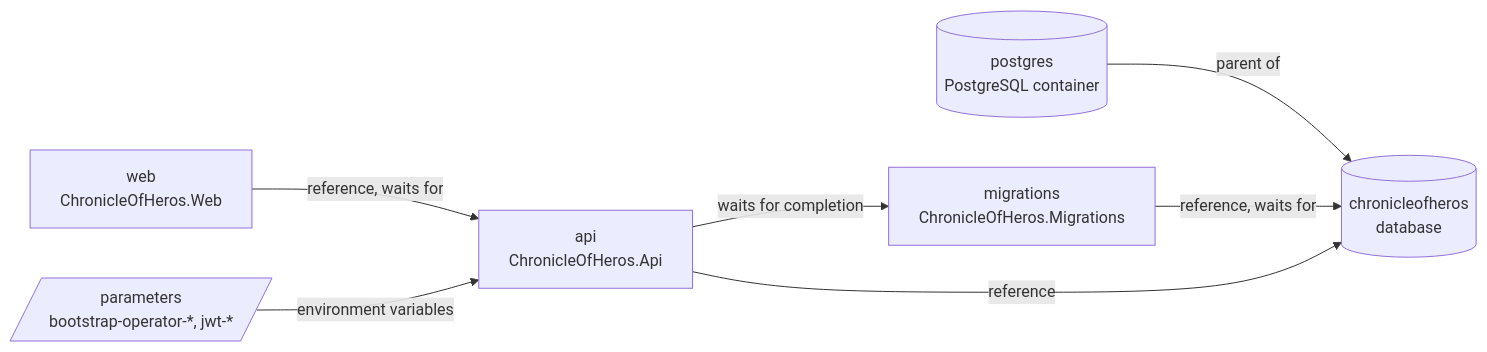
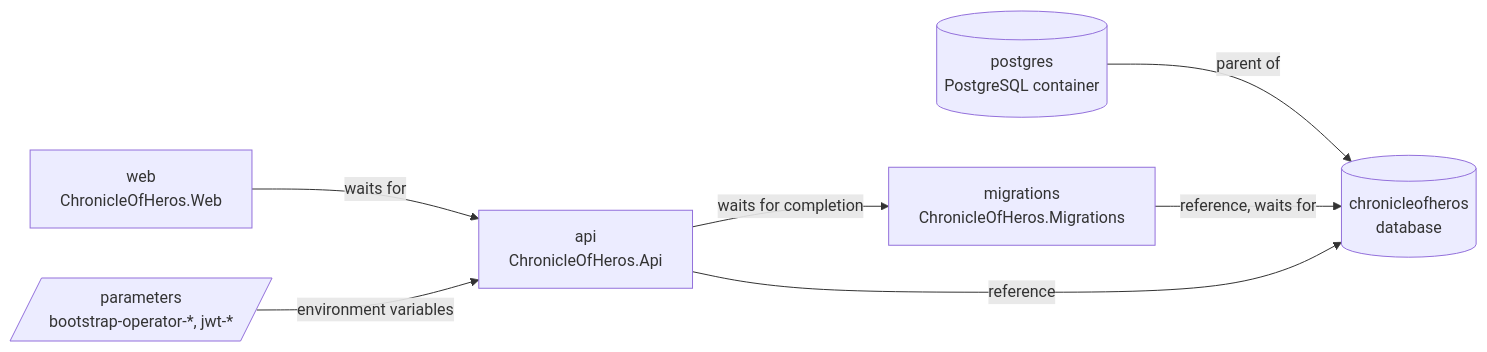
One commit to FlorianAlbert/ChronicleOfHeros changed the diagram in docs/architecture/system/deployment.md. Above: the diagram before and after it, drawn with Mermaid. The commit also changed other lines of this file and 28 other files, not shown here.

````diff
--- a/docs/architecture/system/deployment.md
+++ b/docs/architecture/system/deployment.md
@@ -11,15 +11,15 @@
 ```mermaid
 flowchart LR
     postgres[("postgres<br/>PostgreSQL container")]
     database[("chronicleofheros<br/>database")]
     migrations["migrations<br/>ChronicleOfHeros.Migrations"]
     api["api<br/>ChronicleOfHeros.Api"]
     web["web<br/>ChronicleOfHeros.Web"]
     params[/"parameters<br/>bootstrap-operator-*, jwt-*"/]
     postgres -->|"parent of"| database
     migrations -->|"reference, waits for"| database
     api -->|"reference"| database
     api -->|"waits for completion"| migrations
-    web -->|"reference, waits for"| api
+    web -->|"waits for"| api
     params -->|"environment variables"| api
 ```
````
